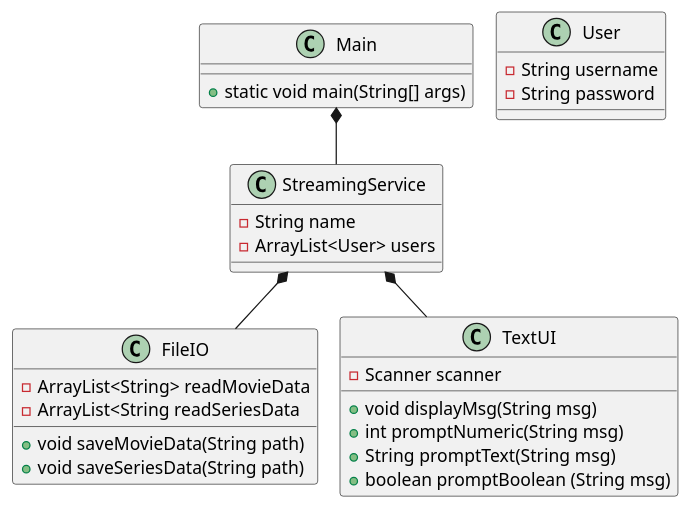
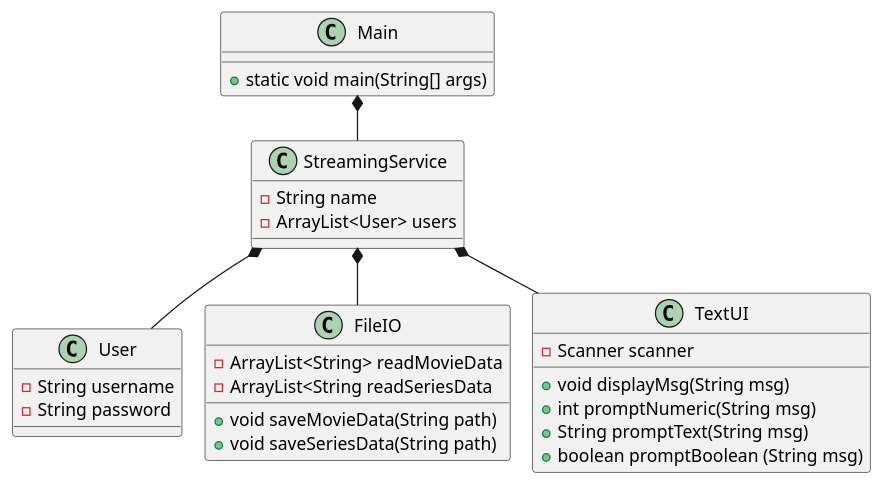
The diagram in doc/classdiagram/classdiagram_v1.puml (EmilDagsberg/SP3), drawn with PlantUML before and after one commit.

Commit message:
Domainmodel

```diff
--- a/doc/classdiagram/classdiagram_v1.puml
+++ b/doc/classdiagram/classdiagram_v1.puml
@@ -1,41 +1,42 @@
 @startuml
 !pragma layout smetana
 
 class Main {
 + static void main(String[] args)
 }
 
 class StreamingService{
 - String name
 - ArrayList<User> users
 }
 
 class User {
 - String username
 - String password
 }
 
 
 
 
 
 class FileIO {
 - ArrayList<String> readMovieData
 - ArrayList<String readSeriesData
 + void saveMovieData(String path)
 + void saveSeriesData(String path)
 }
 
 class TextUI {
 - Scanner scanner
 + void displayMsg(String msg)
 + int promptNumeric(String msg)
 + String promptText(String msg)
 + boolean promptBoolean (String msg)
 }
 
 Main *-- StreamingService
+StreamingService *-- User
 StreamingService *-- FileIO
 StreamingService *-- TextUI
 
 @enduml
```
